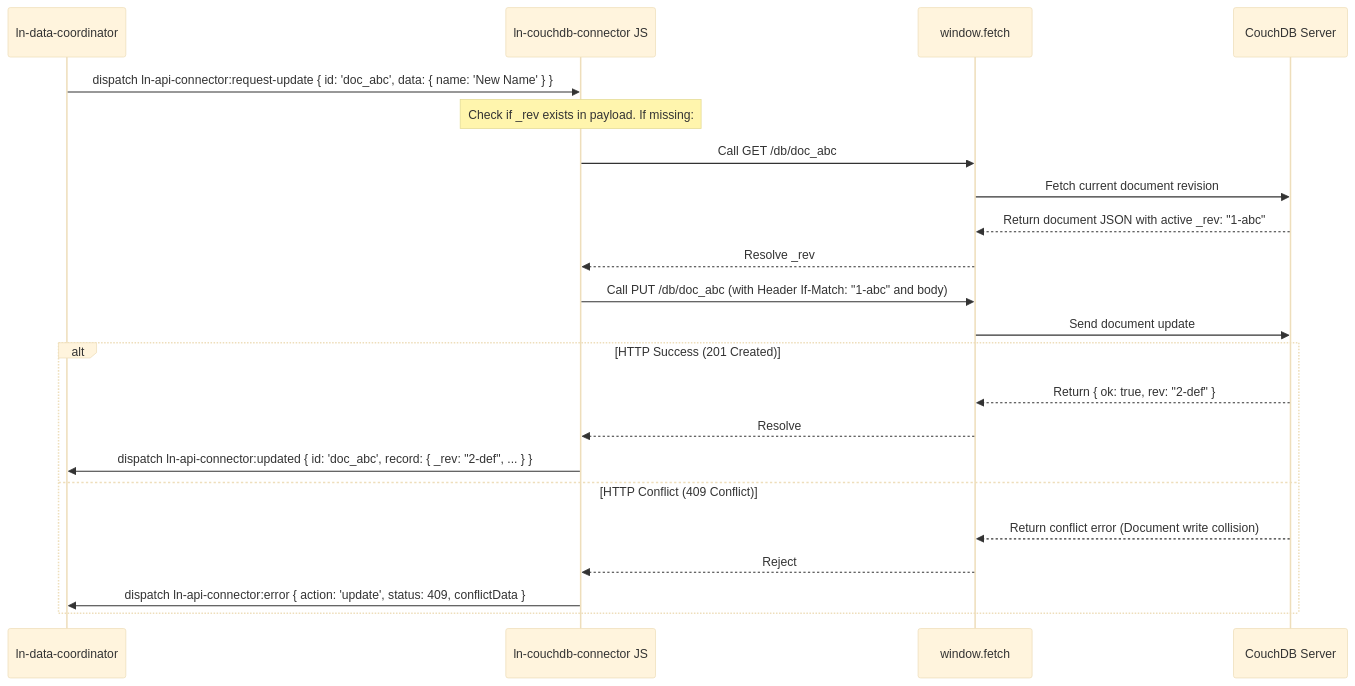
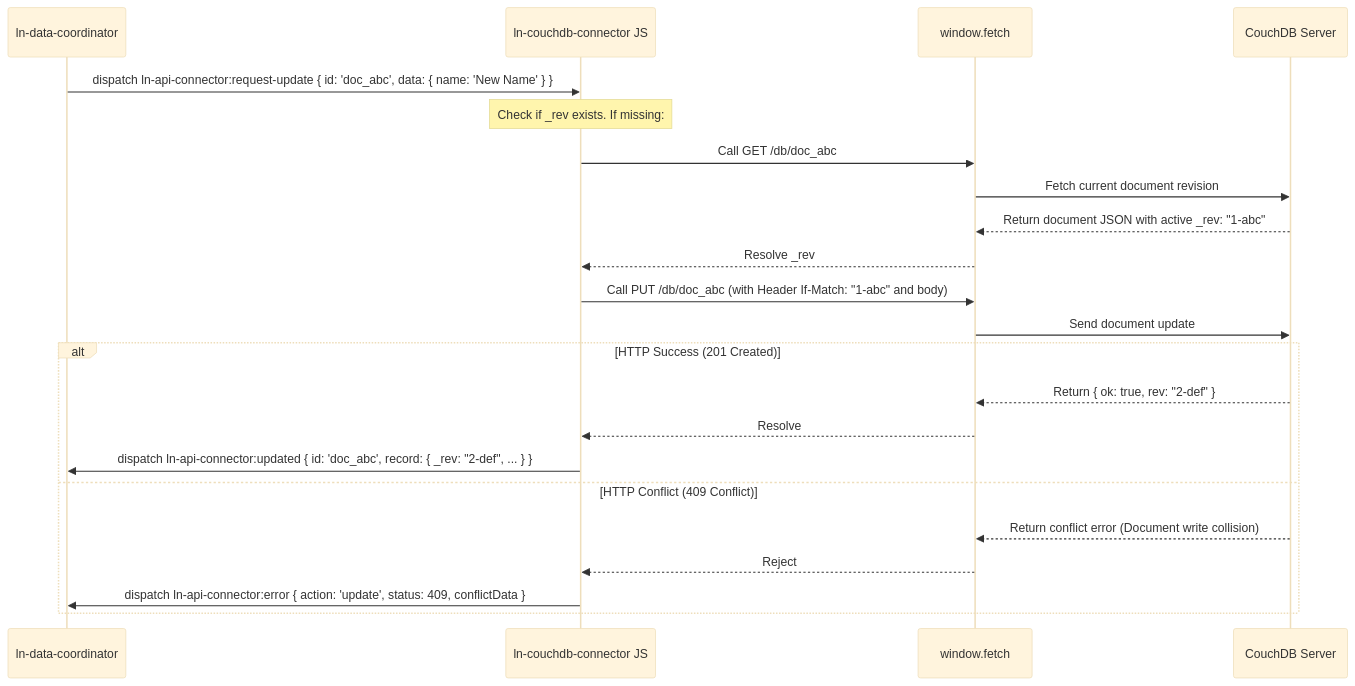
Before and after one commit to livenetworks/ln-ashlar: the diagram in architecture_docs_draft/components/ln-couchdb-connector.md, drawn with Mermaid (base theme). The commit also changed other lines of this file and 12 other files, not shown here.

````diff
--- a/architecture_docs_draft/components/ln-couchdb-connector.md
+++ b/architecture_docs_draft/components/ln-couchdb-connector.md
@@ -83,28 +88,28 @@
 ```mermaid
 sequenceDiagram
     participant Coordinator as ln-data-coordinator
     participant Connector as ln-couchdb-connector JS
     participant Fetch as window.fetch
     participant CouchDB as CouchDB Server
 
     Coordinator->>Connector: dispatch ln-api-connector:request-update { id: 'doc_abc', data: { name: 'New Name' } }
-    Note over Connector: Check if _rev exists in payload. If missing:
+    Note over Connector: Check if _rev exists. If missing:
     
     Connector->>Fetch: Call GET /db/doc_abc
     Fetch->>CouchDB: Fetch current document revision
     CouchDB-->>Fetch: Return document JSON with active _rev: "1-abc"
     Fetch-->>Connector: Resolve _rev
     
     Connector->>Fetch: Call PUT /db/doc_abc (with Header If-Match: "1-abc" and body)
     Fetch->>CouchDB: Send document update
     
     alt HTTP Success (201 Created)
         CouchDB-->>Fetch: Return { ok: true, rev: "2-def" }
         Fetch-->>Connector: Resolve
         Connector->>Coordinator: dispatch ln-api-connector:updated { id: 'doc_abc', record: { _rev: "2-def", ... } }
     else HTTP Conflict (409 Conflict)
         CouchDB-->>Fetch: Return conflict error (Document write collision)
         Fetch-->>Connector: Reject
         Connector->>Coordinator: dispatch ln-api-connector:error { action: 'update', status: 409, conflictData }
     end
 ```
````
